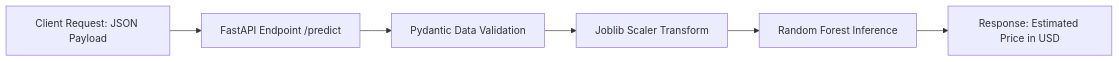
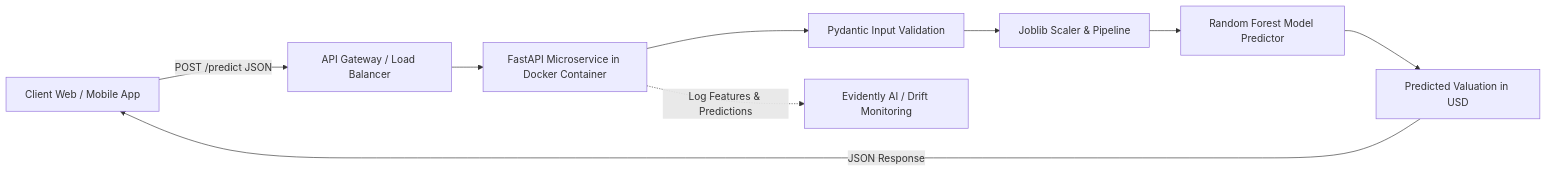
Before and after one commit to irohitgangwar/house-price-prediction: the ninth of 9 diagrams in INTERVIEW_GUIDE.md, drawn with Mermaid. The commit also changed other lines of this file, not shown here.

Commit message:
Expand Interview Guide with Prerequisites Roadmap, Deep ML Mechanics, HLD/LLD & 60+ Q&A Bank

````diff
--- a/INTERVIEW_GUIDE.md
+++ b/INTERVIEW_GUIDE.md
@@ -398,8 +652,11 @@
 ```mermaid
 flowchart LR
-    A[Client Request: JSON Payload] --> B[FastAPI Endpoint /predict]
-    B --> C[Pydantic Data Validation]
-    C --> D[Joblib Scaler Transform]
-    D --> E[Random Forest Inference]
-    E --> F[Response: Estimated Price in USD]
+    A[Client Web / Mobile App] -->|POST /predict JSON| B[API Gateway / Load Balancer]
+    B --> C[FastAPI Microservice in Docker Container]
+    C --> D[Pydantic Input Validation]
+    D --> E[Joblib Scaler & Pipeline]
+    E --> F[Random Forest Model Predictor]
+    F --> G[Predicted Valuation in USD]
+    G -->|JSON Response| A
+    C -.->|Log Features & Predictions| H[Evidently AI / Drift Monitoring]
 ```
````
